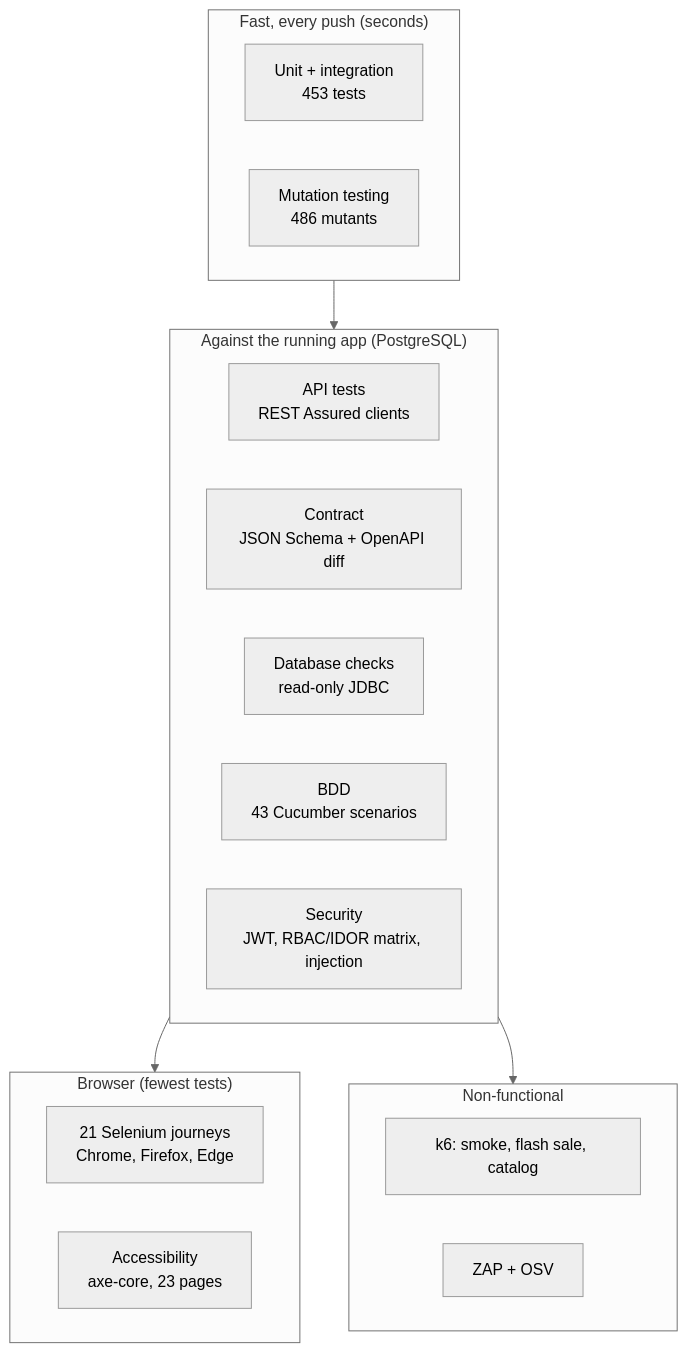
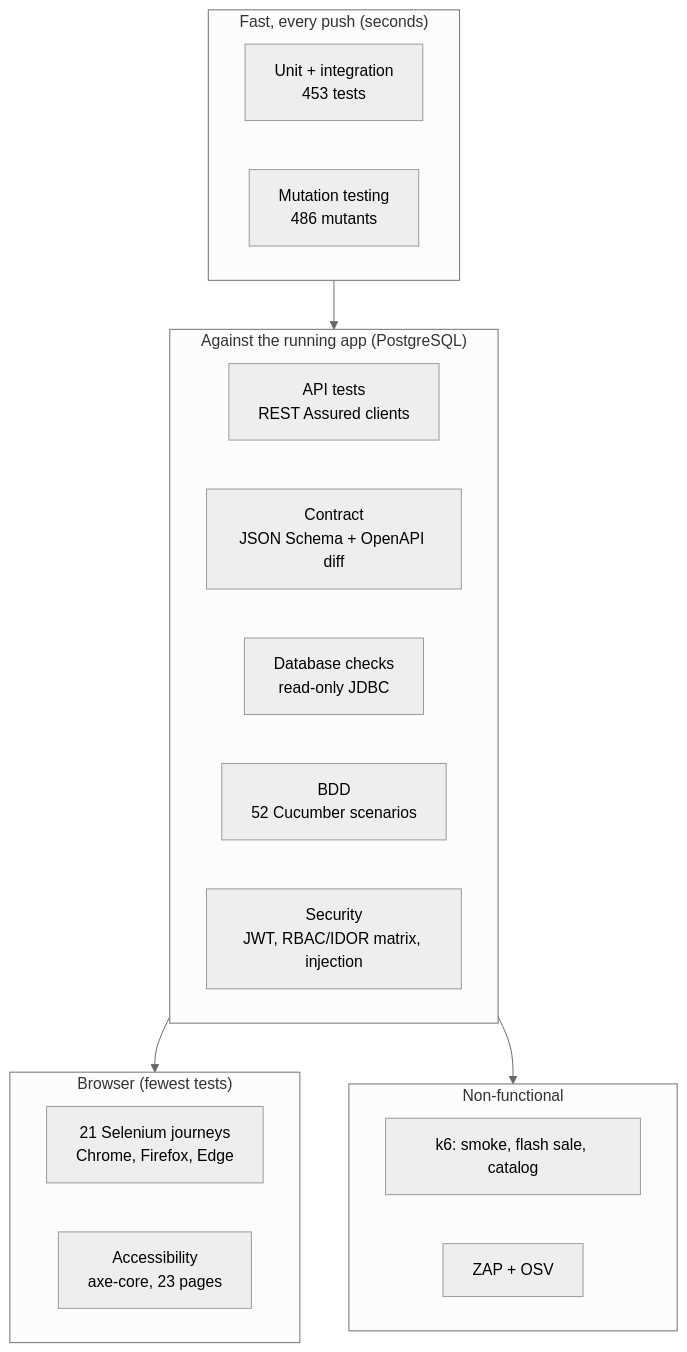
The first of 2 diagrams in README.md (rbchy/RbcTcsWorld), drawn with Mermaid (neutral theme) before and after one commit. The commit also changed other lines of this file, not shown here.

````diff
--- a/README.md
+++ b/README.md
@@ -78,24 +78,24 @@
 ```mermaid
 flowchart TB
   subgraph fast["Fast, every push (seconds)"]
     U["Unit + integration<br/>453 tests"]
     M["Mutation testing<br/>486 mutants"]
   end
   subgraph service["Against the running app (PostgreSQL)"]
     A["API tests<br/>REST Assured clients"]
     C["Contract<br/>JSON Schema + OpenAPI diff"]
     D["Database checks<br/>read-only JDBC"]
-    B["BDD<br/>43 Cucumber scenarios"]
+    B["BDD<br/>52 Cucumber scenarios"]
     S["Security<br/>JWT, RBAC/IDOR matrix, injection"]
   end
   subgraph ui["Browser (fewest tests)"]
     W["21 Selenium journeys<br/>Chrome, Firefox, Edge"]
     X["Accessibility<br/>axe-core, 23 pages"]
   end
   subgraph nonfunc["Non-functional"]
     K["k6: smoke, flash sale, catalog"]
     Z["ZAP + OSV"]
   end
   fast --> service --> ui
   service --> nonfunc
 ```
````
